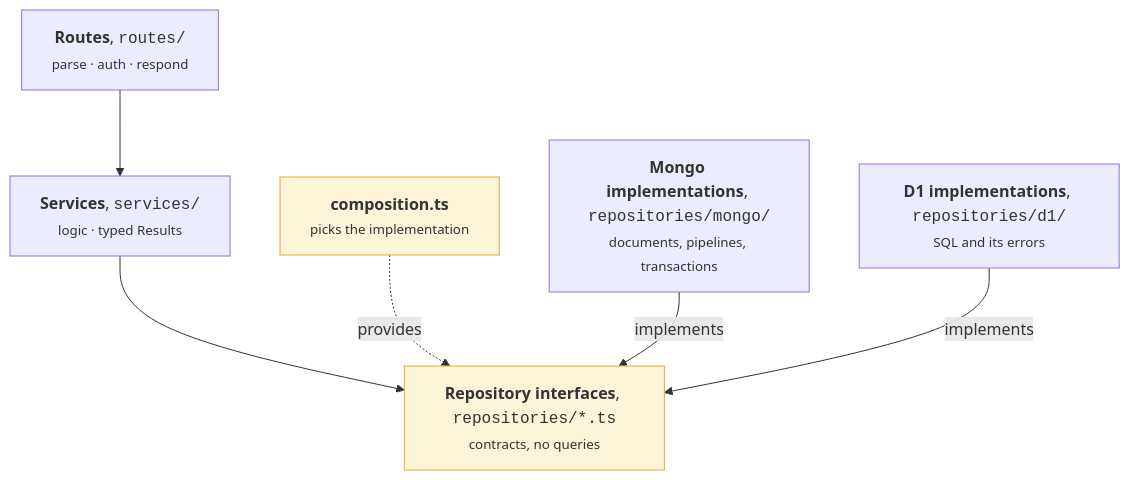
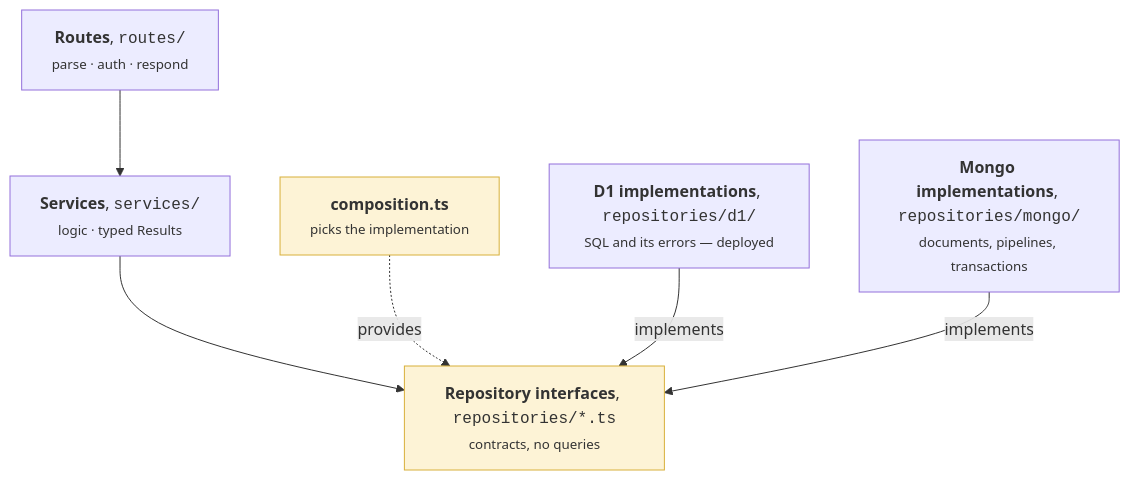
The fourth of 4 diagrams in docs/site/pages/architecture/index.md (FantasyWiki/FantasyWiki), drawn with Mermaid before and after one commit. The commit also changed other lines of this file and 30 other files, not shown here.

````diff
--- a/docs/site/pages/architecture/index.md
+++ b/docs/site/pages/architecture/index.md
@@ -141,17 +143,17 @@
 ```mermaid
 flowchart TB
   R["<b>Routes</b>, <code>routes/</code><br/><small>parse · auth · respond</small>"]
   S["<b>Services</b>, <code>services/</code><br/><small>logic · typed Results</small>"]
   I["<b>Repository interfaces</b>, <code>repositories/*.ts</code><br/><small>contracts, no queries</small>"]
+  D["<b>D1 implementations</b>, <code>repositories/d1/</code><br/><small>SQL and its errors — deployed</small>"]
   M["<b>Mongo implementations</b>, <code>repositories/mongo/</code><br/><small>documents, pipelines, transactions</small>"]
-  D["<b>D1 implementations</b>, <code>repositories/d1/</code><br/><small>SQL and its errors</small>"]
   C["<b>composition.ts</b><br/><small>picks the implementation</small>"]
 
   R --> S --> I
   C -.->|"provides"| I
+  D -->|"implements"| I
   M -->|"implements"| I
-  D -->|"implements"| I
 
   classDef seam fill:#fdf3d6,stroke:#d8b03a;
   class C,I seam;
 ```
````
